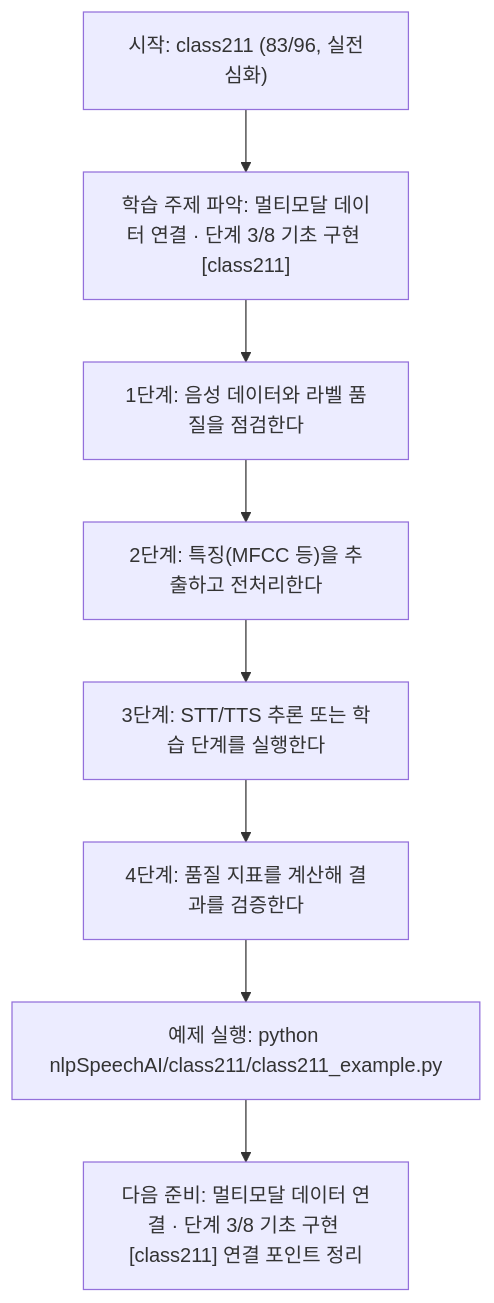
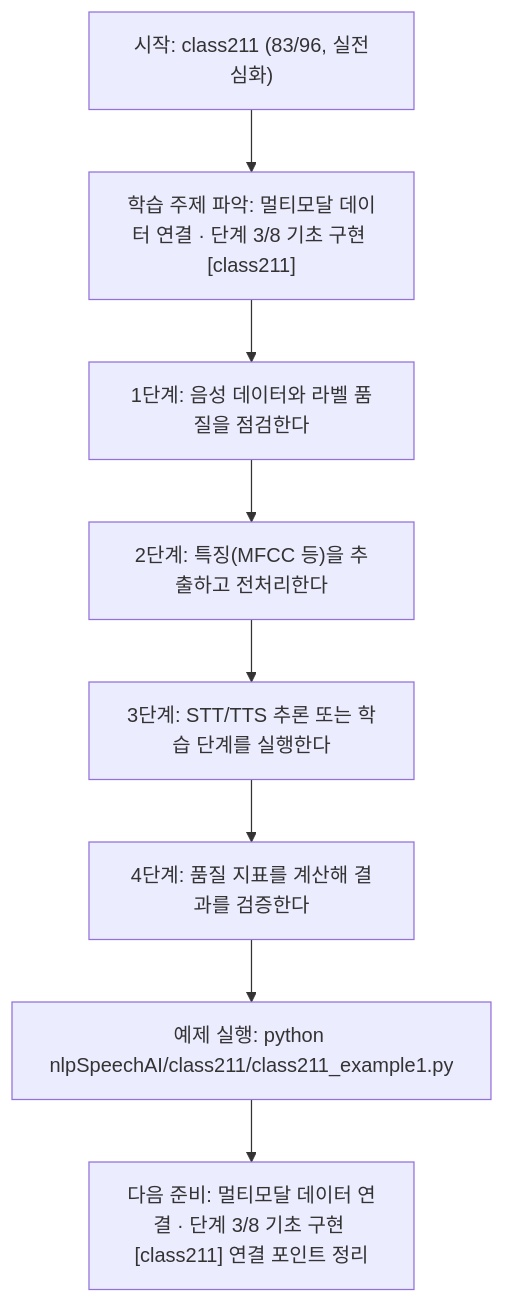
Before and after one commit to edumgt/Python-AI_Agent-Class: the diagram in nlpSpeechAI/class211/class211.md, drawn with Mermaid. The commit also changed other lines of this file and 2959 other files, not shown here.

````diff
--- a/nlpSpeechAI/class211/class211.md
+++ b/nlpSpeechAI/class211/class211.md
@@ -114,18 +114,18 @@
 ```mermaid
 flowchart TD
 N1["시작: class211 (83/96, 실전심화)"]
 N2["학습 주제 파악: 멀티모달 데이터 연결 · 단계 3/8 기초 구현 [class211]"]
 N3["1단계: 음성 데이터와 라벨 품질을 점검한다"]
 N4["2단계: 특징(MFCC 등)을 추출하고 전처리한다"]
 N5["3단계: STT/TTS 추론 또는 학습 단계를 실행한다"]
 N6["4단계: 품질 지표를 계산해 결과를 검증한다"]
-N7["예제 실행: python nlpSpeechAI/class211/class211_example.py"]
+N7["예제 실행: python nlpSpeechAI/class211/class211_example1.py"]
 N8["다음 준비: 멀티모달 데이터 연결 · 단계 3/8 기초 구현 [class211] 연결 포인트 정리"]
 N1 --> N2
 N2 --> N3
 N3 --> N4
 N4 --> N5
 N5 --> N6
 N6 --> N7
 N7 --> N8
 ```
````
